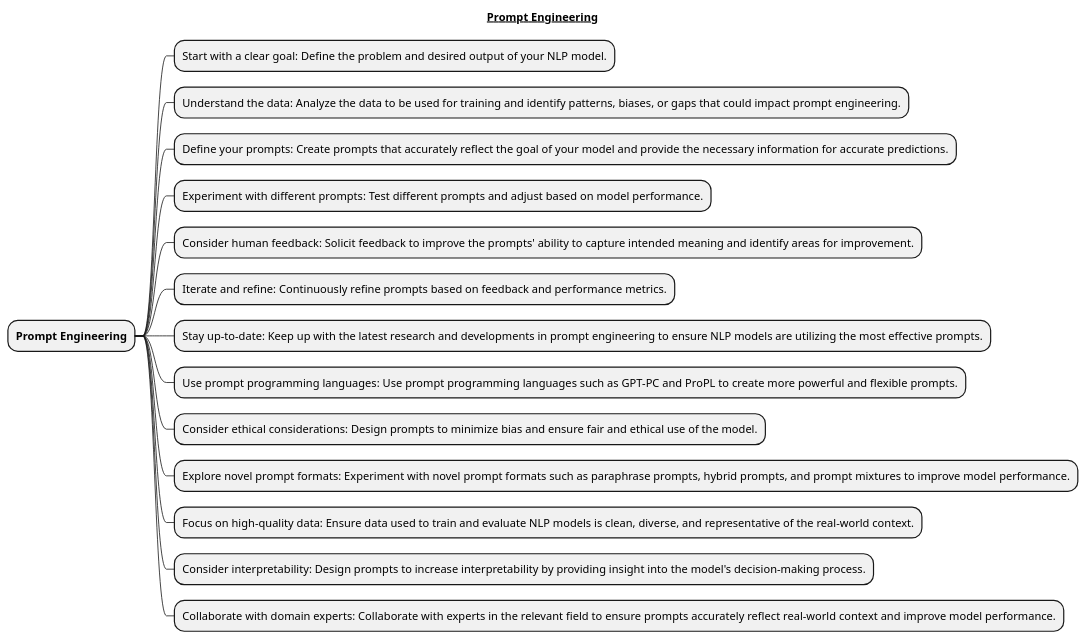
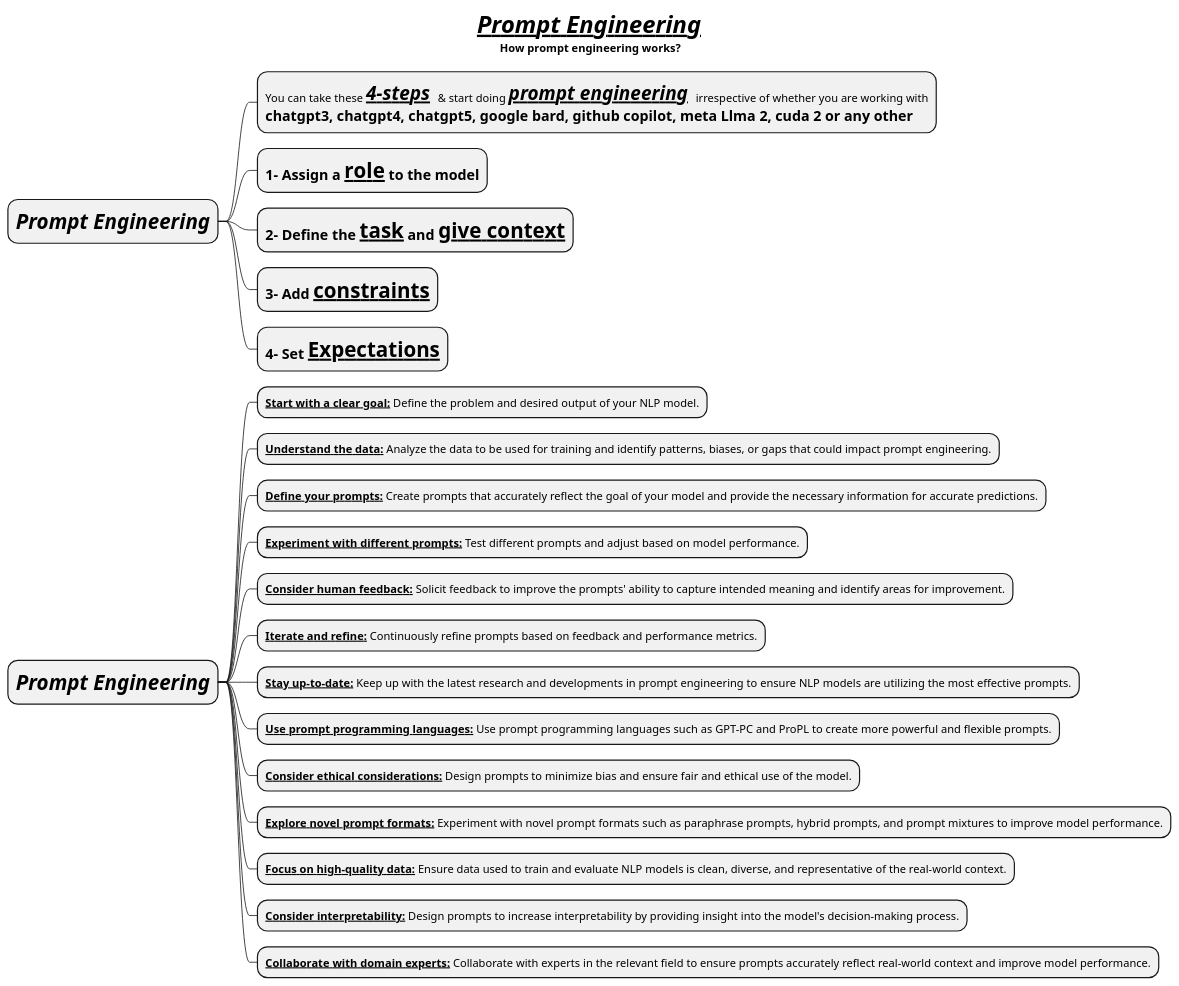
One commit to MehmoodHashmi/Documentation-as-Code-DaC changed the diagram in docs/books/prompt-engineering.puml. Above: the diagram before and after it, drawn with PlantUML.

```diff
--- a/docs/books/prompt-engineering.puml
+++ b/docs/books/prompt-engineering.puml
@@ -1,19 +1,27 @@
 @startmindmap
 
-title __Prompt Engineering__
+title =//**__Prompt Engineering__**// \n How prompt engineering works?
 
-* **Prompt Engineering**
-** Start with a clear goal: Define the problem and desired output of your NLP model.
-** Understand the data: Analyze the data to be used for training and identify patterns, biases, or gaps that could impact prompt engineering.
-** Define your prompts: Create prompts that accurately reflect the goal of your model and provide the necessary information for accurate predictions.
-** Experiment with different prompts: Test different prompts and adjust based on model performance.
-** Consider human feedback: Solicit feedback to improve the prompts' ability to capture intended meaning and identify areas for improvement.
-** Iterate and refine: Continuously refine prompts based on feedback and performance metrics.
-** Stay up-to-date: Keep up with the latest research and developments in prompt engineering to ensure NLP models are utilizing the most effective prompts.
-** Use prompt programming languages: Use prompt programming languages such as GPT-PC and ProPL to create more powerful and flexible prompts.
-** Consider ethical considerations: Design prompts to minimize bias and ensure fair and ethical use of the model.
-** Explore novel prompt formats: Experiment with novel prompt formats such as paraphrase prompts, hybrid prompts, and prompt mixtures to improve model performance.
-** Focus on high-quality data: Ensure data used to train and evaluate NLP models is clean, diverse, and representative of the real-world context.
-** Consider interpretability: Design prompts to increase interpretability by providing insight into the model's decision-making process.
-** Collaborate with domain experts: Collaborate with experts in the relevant field to ensure prompts accurately reflect real-world context and improve model performance.
+* =//**Prompt Engineering**//
+**:You can take these <size:24>**//__4-steps__//** </size> & start doing <size:24>**//__prompt engineering__//** </size> irrespective of whether you are working with
+= chatgpt3, chatgpt4, chatgpt5, google bard, github copilot, meta Llma 2, cuda 2 or any other;
+** =1- Assign a __**role**__ to the model
+** =2- Define the __**task**__ and __**give context**__
+** =3- Add __**constraints**__
+** =4- Set __**Expectations**__
+
+* =//**Prompt Engineering**//
+** __**Start with a clear goal:**__ Define the problem and desired output of your NLP model.
+** __**Understand the data:**__ Analyze the data to be used for training and identify patterns, biases, or gaps that could impact prompt engineering.
+** __**Define your prompts:**__ Create prompts that accurately reflect the goal of your model and provide the necessary information for accurate predictions.
+** __**Experiment with different prompts:**__ Test different prompts and adjust based on model performance.
+** __**Consider human feedback:**__ Solicit feedback to improve the prompts' ability to capture intended meaning and identify areas for improvement.
+** __**Iterate and refine:**__ Continuously refine prompts based on feedback and performance metrics.
+** __**Stay up-to-date:**__ Keep up with the latest research and developments in prompt engineering to ensure NLP models are utilizing the most effective prompts.
+** __**Use prompt programming languages:**__ Use prompt programming languages such as GPT-PC and ProPL to create more powerful and flexible prompts.
+** __**Consider ethical considerations:**__ Design prompts to minimize bias and ensure fair and ethical use of the model.
+** __**Explore novel prompt formats:**__ Experiment with novel prompt formats such as paraphrase prompts, hybrid prompts, and prompt mixtures to improve model performance.
+** __**Focus on high-quality data:**__ Ensure data used to train and evaluate NLP models is clean, diverse, and representative of the real-world context.
+** __**Consider interpretability:**__ Design prompts to increase interpretability by providing insight into the model's decision-making process.
+** __**Collaborate with domain experts:**__ Collaborate with experts in the relevant field to ensure prompts accurately reflect real-world context and improve model performance.
 @endmindmap
```
